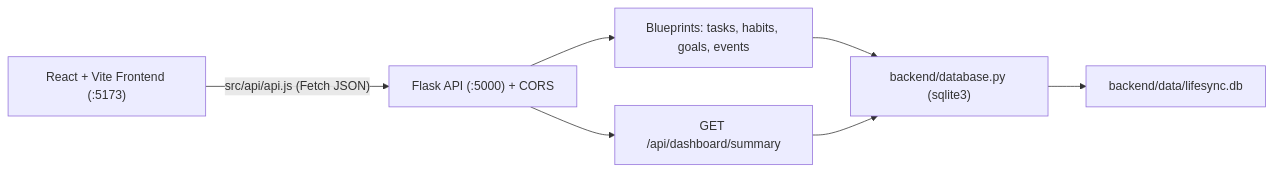
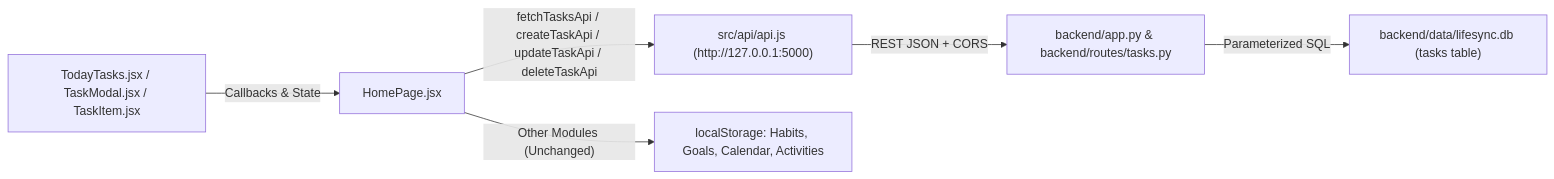
The first of 2 diagrams in personname.md (vedikamande/LifeSync), drawn with Mermaid before and after one commit. The commit also changed other lines of this file and 15 other files, not shown here.

Commit message:
Integrate Task Manager module with Flask and SQLite

````diff
--- a/personname.md
+++ b/personname.md
@@ -27,9 +34,8 @@
 ```mermaid
 flowchart LR
-    React["React + Vite Frontend (:5173)"] -->|"src/api/api.js (Fetch JSON)"| Flask["Flask API (:5000) + CORS"]
-    Flask --> Summary["GET /api/dashboard/summary"]
-    Flask --> Routes["Blueprints: tasks, habits, goals, events"]
-    Routes --> DB["backend/database.py (sqlite3)"]
-    Summary --> DB
-    DB --> File["backend/data/lifesync.db"]
+    UI["TodayTasks.jsx / TaskModal.jsx / TaskItem.jsx"] -->|"Callbacks & State"| Home["HomePage.jsx"]
+    Home -->|"fetchTasksApi / createTaskApi / updateTaskApi / deleteTaskApi"| ApiClient["src/api/api.js (http://127.0.0.1:5000)"]
+    ApiClient -->|"REST JSON + CORS"| Flask["backend/app.py & backend/routes/tasks.py"]
+    Flask -->|"Parameterized SQL"| DB["backend/data/lifesync.db (tasks table)"]
+    Home -->|"Other Modules (Unchanged)"| Local["localStorage: Habits, Goals, Calendar, Activities"]
 ```
````
